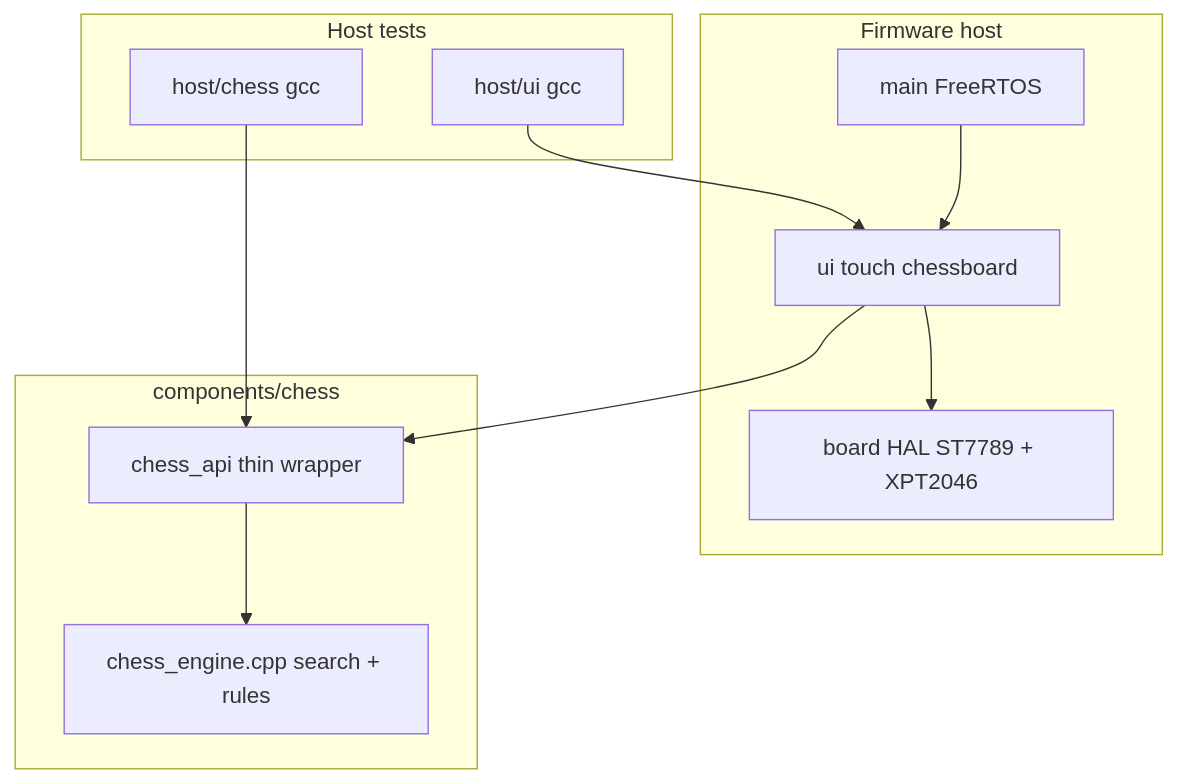
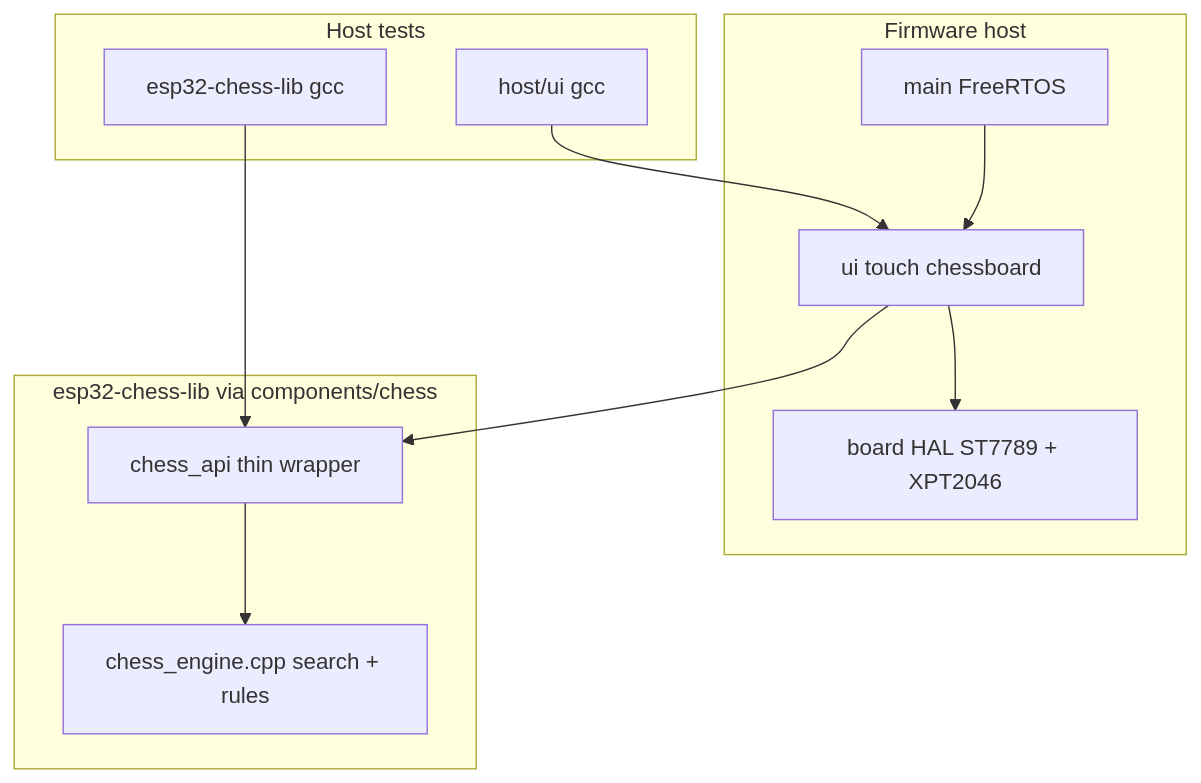
The diagram in PLAN.md (valleyco/esp32-chess), drawn with Mermaid before and after one commit. The commit also changed other lines of this file and 17 other files, not shown here.

First line of the commit message:
Consume esp32-chess-lib as a git submodule.

````diff
--- a/PLAN.md
+++ b/PLAN.md
@@ -25,22 +26,22 @@
 ```mermaid
 flowchart TB
   subgraph testhost [Host tests]
-    HostChess[host/chess gcc]
+    HostChess[esp32-chess-lib gcc]
     HostUi[host/ui gcc]
   end
   subgraph host [Firmware host]
     Main[main FreeRTOS]
     UI[ui touch chessboard]
     BoardHAL[board HAL ST7789 + XPT2046]
   end
-  subgraph engine [components/chess]
+  subgraph engine [esp32-chess-lib via components/chess]
     API[chess_api thin wrapper]
     Core[chess_engine.cpp search + rules]
   end
   HostChess --> API
   HostUi --> UI
   Main --> UI
   UI --> BoardHAL
   UI --> API
   API --> Core
 ```
````
